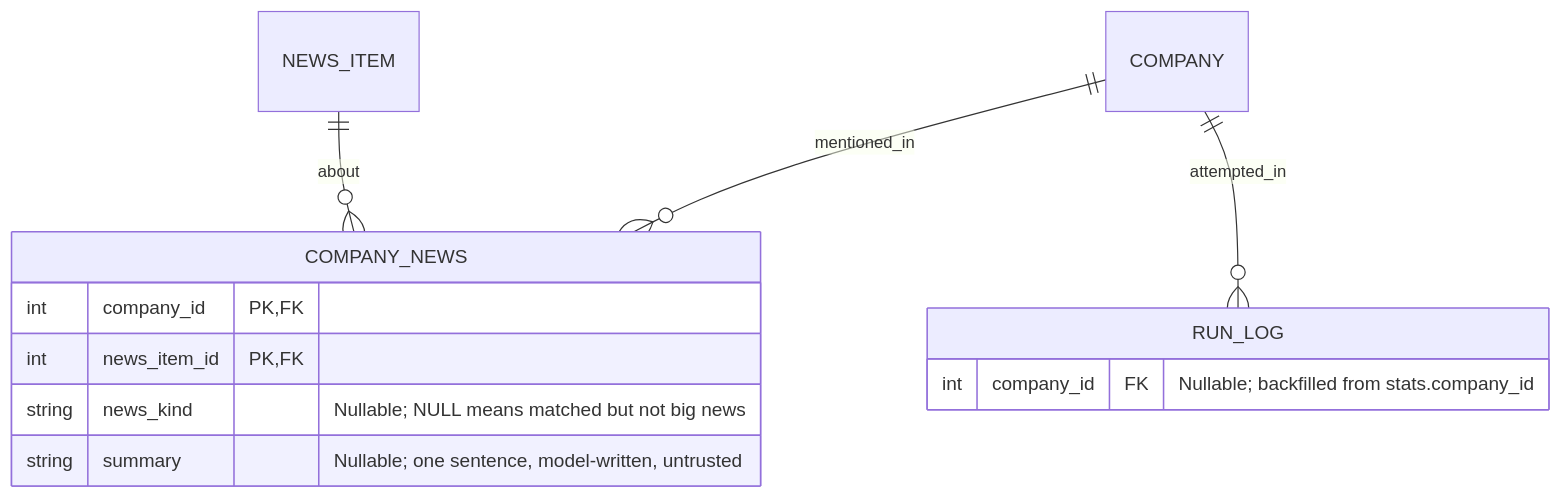
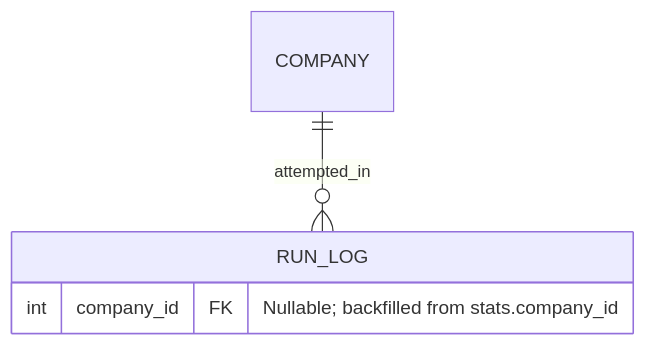
One commit to Farzaanee/sprout changed the third of 3 diagrams in docs/architecture/2. data-model.md. Above: the diagram before and after it, drawn with Mermaid. The commit also changed other lines of this file and 4 other files, not shown here.

Commit message:
add company_news table

````diff
--- a/docs/architecture/2. data-model.md
+++ b/docs/architecture/2. data-model.md
@@ -125,15 +142,7 @@
 ```mermaid
 erDiagram
-    COMPANY ||--o{ COMPANY_NEWS : mentioned_in
-    NEWS_ITEM ||--o{ COMPANY_NEWS : about
     COMPANY ||--o{ RUN_LOG : attempted_in
     RUN_LOG {
         int company_id FK "Nullable; backfilled from stats.company_id"
     }
-    COMPANY_NEWS {
-        int company_id PK, FK
-        int news_item_id PK, FK
-        string news_kind "Nullable; NULL means matched but not big news"
-        string summary "Nullable; one sentence, model-written, untrusted"
-    }
 ```
````
